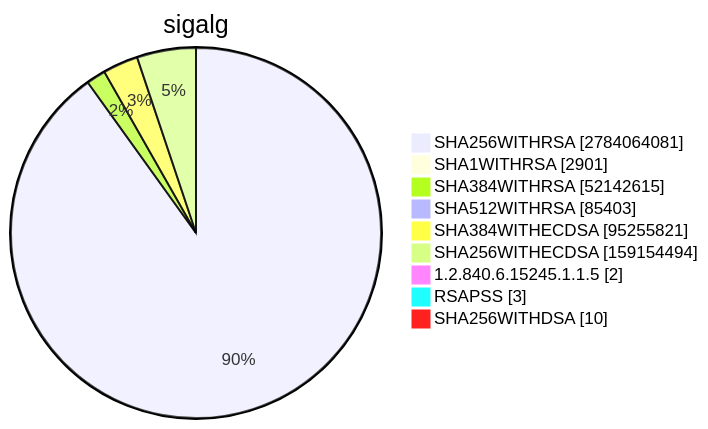
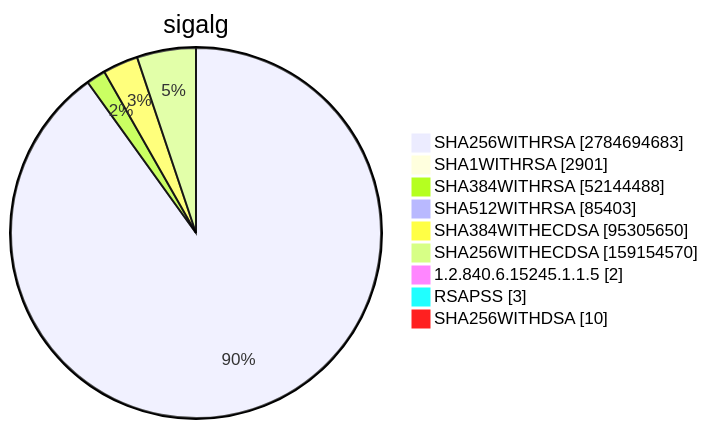
One commit to christiankrug/ctmonitor_visualization changed diagram 15 of 15 in TOTAL/README.md. Above: the diagram before and after it, drawn with Mermaid. The commit also changed other lines of this file, not shown here.

````diff
--- a/TOTAL/README.md
+++ b/TOTAL/README.md
@@ -6205,13 +6205,13 @@
 ```mermaid
 pie showData
 title sigalg
-"SHA256WITHRSA" :2784064081
+"SHA256WITHRSA" :2784694683
 "SHA1WITHRSA" :2901
-"SHA384WITHRSA" :52142615
+"SHA384WITHRSA" :52144488
 "SHA512WITHRSA" :85403
-"SHA384WITHECDSA" :95255821
-"SHA256WITHECDSA" :159154494
+"SHA384WITHECDSA" :95305650
+"SHA256WITHECDSA" :159154570
 "1.2.840.6.15245.1.1.5" :2
 "RSAPSS" :3
 "SHA256WITHDSA" :10
 ```
````
